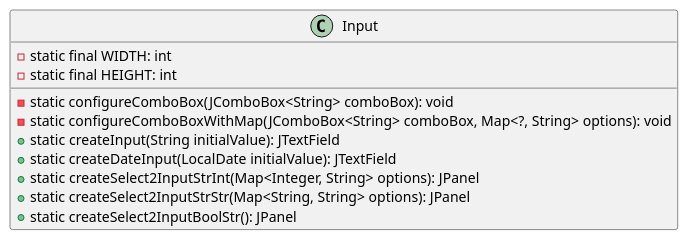
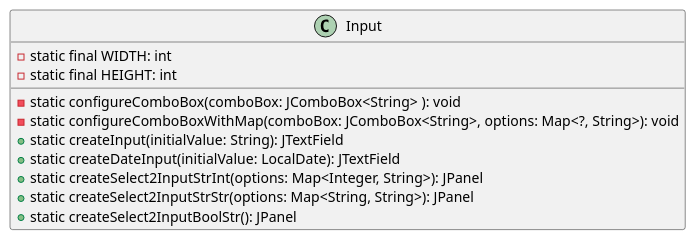
One commit to GiulianoPoeta99/tpi-gestor-academico changed the diagram in src/uml/common/components/Input.puml. Above: the diagram before and after it, drawn with PlantUML. The commit also changed 10 other files, not shown here.

Commit message:
se corrigio nomenclatura de uml

```diff
--- a/src/uml/common/components/Input.puml
+++ b/src/uml/common/components/Input.puml
@@ -1,16 +1,16 @@
 @startuml
 
 class Input {
     - static final WIDTH: int
     - static final HEIGHT: int
-    - static configureComboBox(JComboBox<String> comboBox): void
-    - static configureComboBoxWithMap(JComboBox<String> comboBox, Map<?, String> options): void
-    + static createInput(String initialValue): JTextField
-    + static createDateInput(LocalDate initialValue): JTextField
-    + static createSelect2InputStrInt(Map<Integer, String> options): JPanel
-    + static createSelect2InputStrStr(Map<String, String> options): JPanel
+    - static configureComboBox(comboBox: JComboBox<String> ): void
+    - static configureComboBoxWithMap(comboBox: JComboBox<String>, options: Map<?, String>): void
+    + static createInput(initialValue: String): JTextField
+    + static createDateInput(initialValue: LocalDate): JTextField
+    + static createSelect2InputStrInt(options: Map<Integer, String>): JPanel
+    + static createSelect2InputStrStr(options: Map<String, String>): JPanel
     + static createSelect2InputBoolStr(): JPanel
 }
 
 
 @enduml
```
